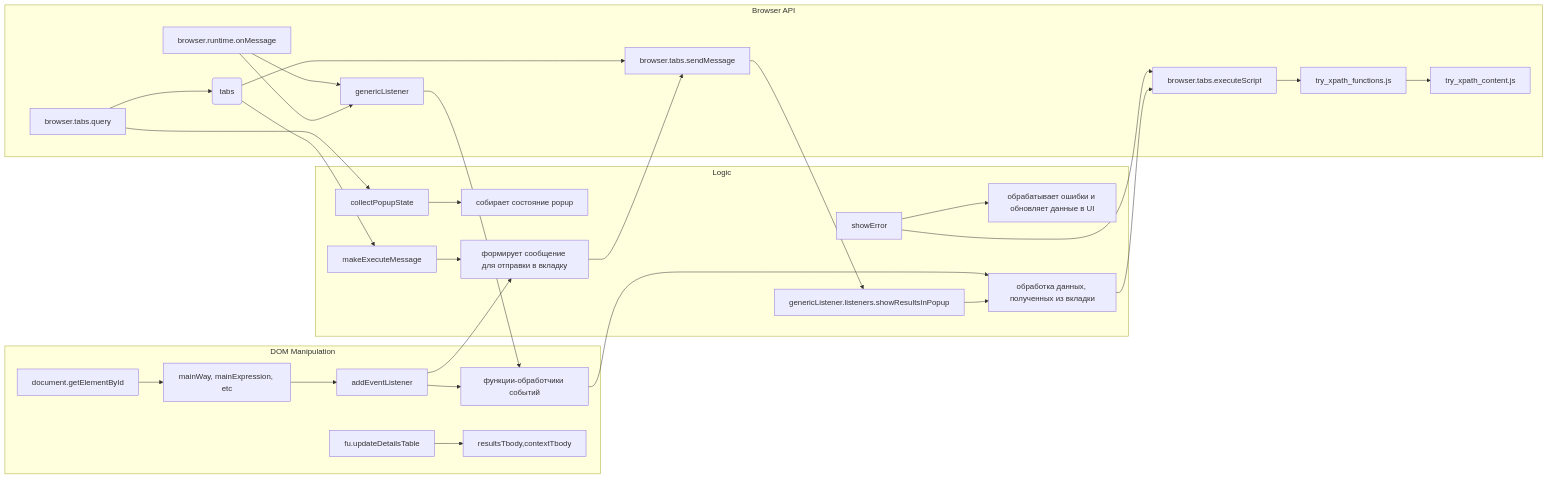
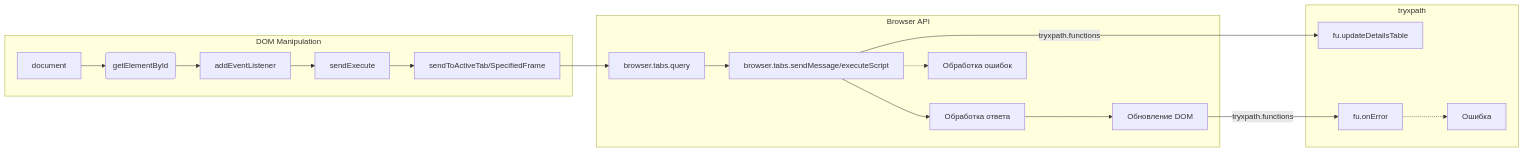
Before and after one commit to hypo69/hypo: the second of 2 diagrams in docs/gemini/ru/explainer/src/webdriver/firefox/extentions/try_path_1.3.5/popup/popup.md, drawn with Mermaid. The commit also changed other lines of this file and 311 other files, not shown here.

````diff
--- a/docs/gemini/ru/explainer/src/webdriver/firefox/extentions/try_path_1.3.5/popup/popup.md
+++ b/docs/gemini/ru/explainer/src/webdriver/firefox/extentions/try_path_1.3.5/popup/popup.md
@@ -81,35 +76,21 @@
 ```mermaid
 graph LR
+    subgraph DOM Manipulation
+        A[document] --> B(getElementById);
+        B --> C[addEventListener];
+        C --> D[sendExecute];
+        D --> E[sendToActiveTab/SpecifiedFrame];
+    end
     subgraph Browser API
-        A[browser.tabs.query] --> B(tabs);
-        B --> C[browser.tabs.sendMessage];
-        D[browser.runtime.onMessage] --> E[genericListener];
-        F[browser.tabs.executeScript] --> G[try_xpath_functions.js];
-        G --> H[try_xpath_content.js];
+        E --> F[browser.tabs.query];
+        F --> G[browser.tabs.sendMessage/executeScript];
+        G --> H[Обработка ответа];
+        H --> I[Обновление DOM];
+        G -.-> J[Обработка ошибок];
     end
-
-    subgraph DOM Manipulation
-        I[document.getElementById] --> J[mainWay, mainExpression, etc];
-        J --> K[addEventListener];
-        K --> L[функции-обработчики событий];
-        M[fu.updateDetailsTable] --> N[resultsTbody,contextTbody];
+    subgraph tryxpath
+        G -- tryxpath.functions --> K[fu.updateDetailsTable];
+        I -- tryxpath.functions --> L[fu.onError];
+        L -.-> M[Ошибка]
     end
-    
-    subgraph Logic
-        O[collectPopupState] --> P[собирает состояние popup];
-        Q[makeExecuteMessage] --> R[формирует сообщение для отправки в вкладку];
-        S[showError] --> T[обрабатывает ошибки и обновляет данные в UI];
-        U[genericListener.listeners.showResultsInPopup] --> V[обработка данных, полученных из вкладки];
-    end
-
-    A --> O;
-    B --> Q;
-    C --> U;
-    D --> E;
-    E --> L;
-    L --> V;
-    V --> F;
-    K --> R;
-    R --> C;
-    S --> F;
 ```
````
